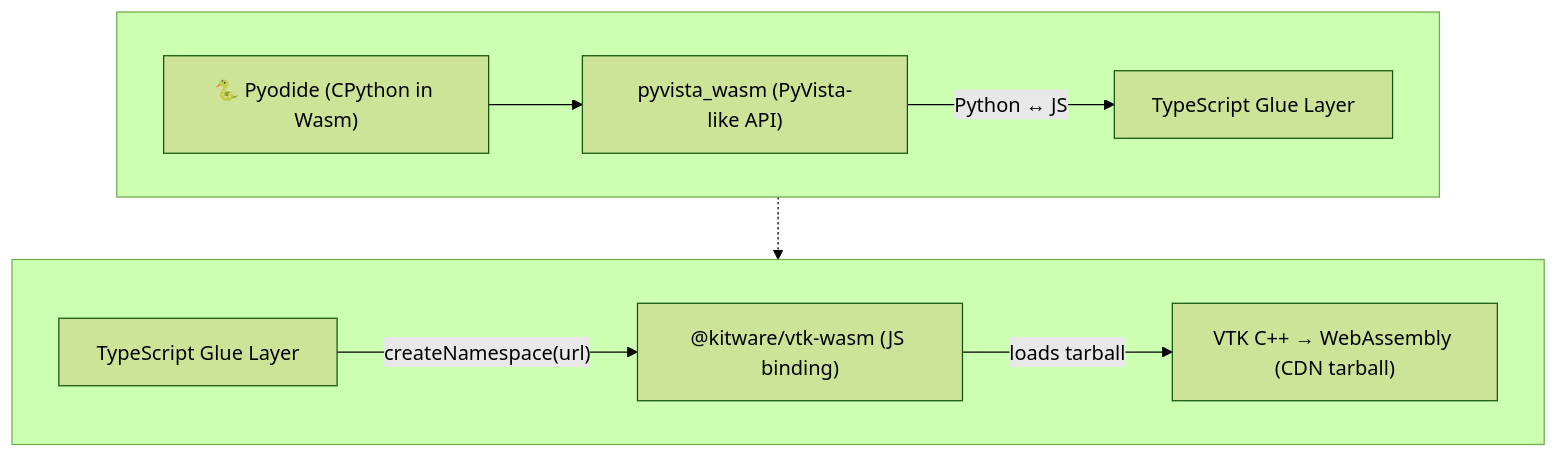
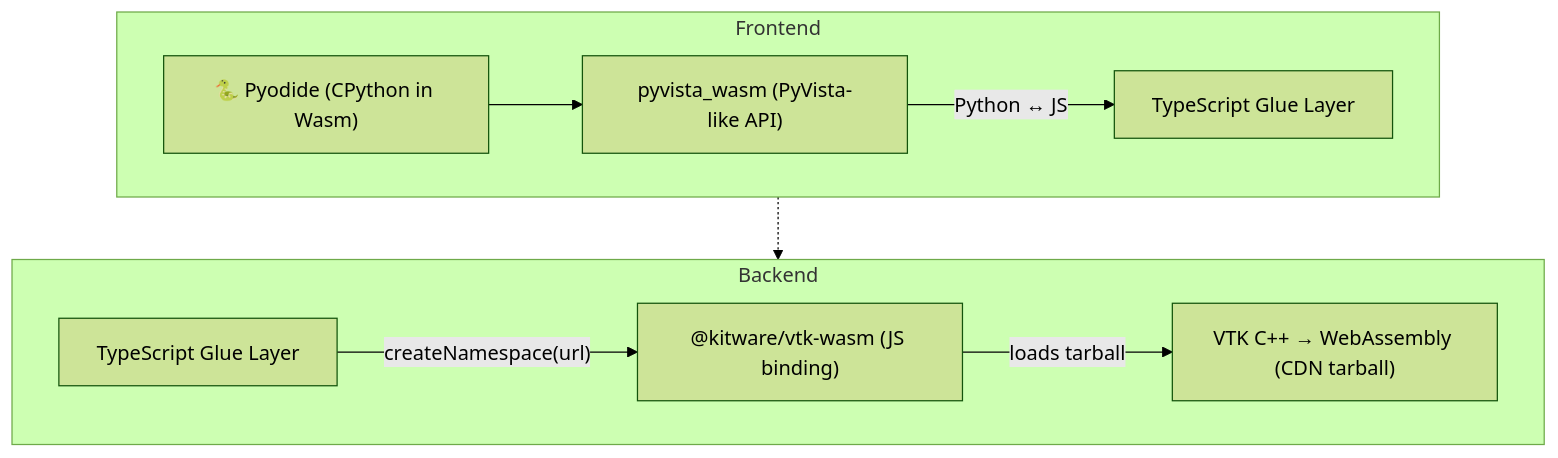
Before and after one commit to tkoyama010/pyvista-wasm: the third of 4 diagrams in slides/slides.md, drawn with Mermaid (forest theme).

Commit message:
docs: label arch diagram rows as Frontend and Backend

````diff
--- a/slides/slides.md
+++ b/slides/slides.md
@@ -577,14 +577,14 @@
 ```mermaid {scale: 0.75}
 flowchart TB
-  subgraph row1[" "]
+  subgraph row1["Frontend"]
     direction LR
     P["🐍 Pyodide (CPython in Wasm)"] --> PV["pyvista_wasm (PyVista-like API)"]
     PV -->|"Python ↔ JS"| TS["TypeScript Glue Layer"]
   end
-  subgraph row2[" "]
+  subgraph row2["Backend"]
     direction LR
     TS2["TypeScript Glue Layer"] -->|"createNamespace(url)"| VW["@kitware/vtk-wasm (JS binding)"]
     VW -->|"loads tarball"| VTK["VTK C++ → WebAssembly (CDN tarball)"]
   end
   TS -.-> TS2
 ```
````
